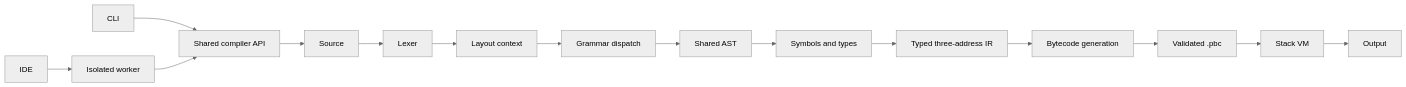
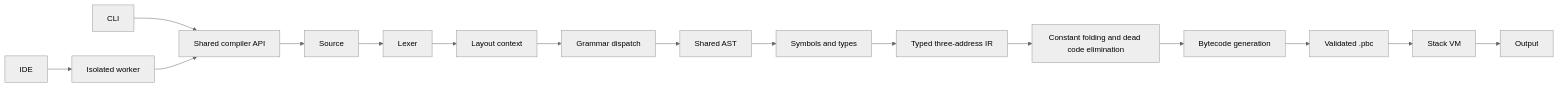
One commit to hst257/PolyGlot changed the diagram in docs/architecture.md. Above: the diagram before and after it, drawn with Mermaid (neutral theme). The commit also changed other lines of this file and 25 other files, not shown here.

````diff
--- a/docs/architecture.md
+++ b/docs/architecture.md
@@ -3,17 +3,18 @@
 ```mermaid
 flowchart LR
     Source --> Lexer
     Lexer --> Layout[Layout context]
     Layout --> Parser[Grammar dispatch]
     Parser --> AST[Shared AST]
     AST --> Semantics[Symbols and types]
     Semantics --> IR[Typed three-address IR]
-    IR --> Codegen[Bytecode generation]
+    IR --> Optimizer[Constant folding and dead code elimination]
+    Optimizer --> Codegen[Bytecode generation]
     Codegen --> Artifact[Validated .pbc]
     Artifact --> VM[Stack VM]
     VM --> Output
     CLI --> Compiler[Shared compiler API]
     IDE --> Worker[Isolated worker]
     Worker --> Compiler
     Compiler --> Source
 ```
````
